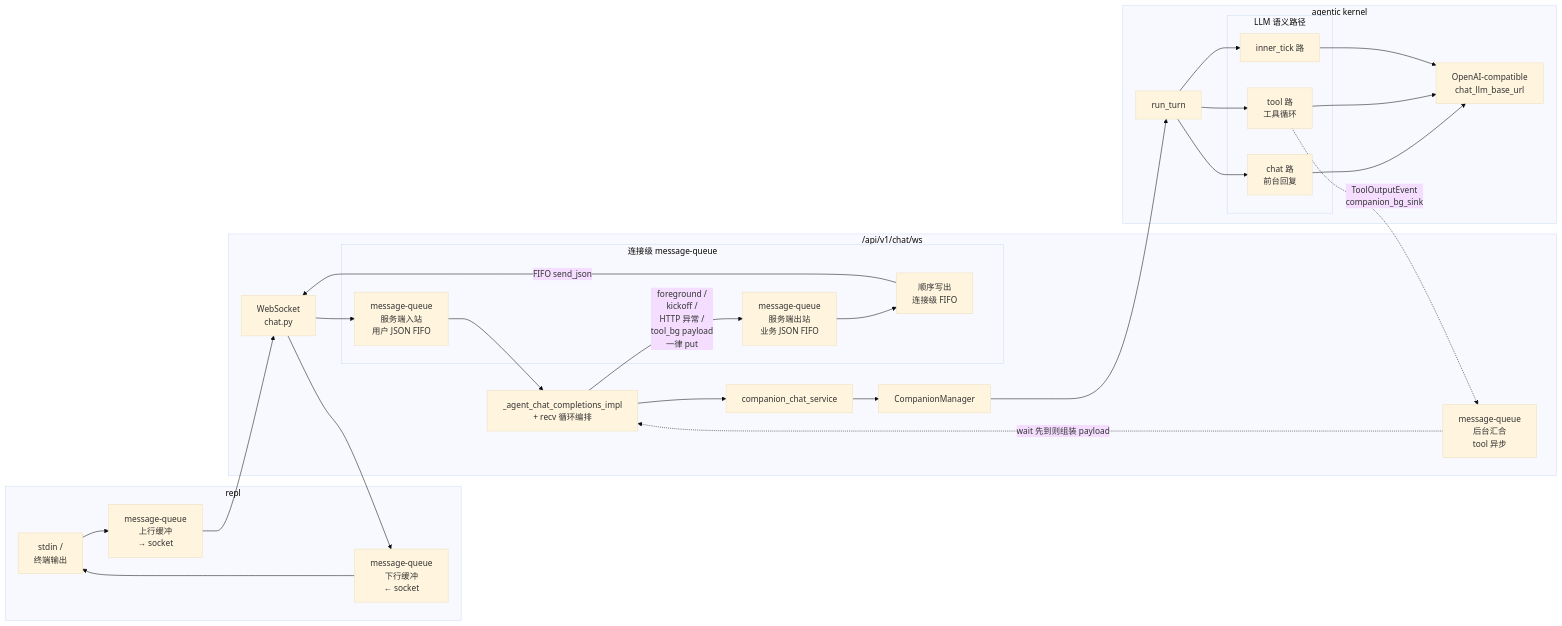
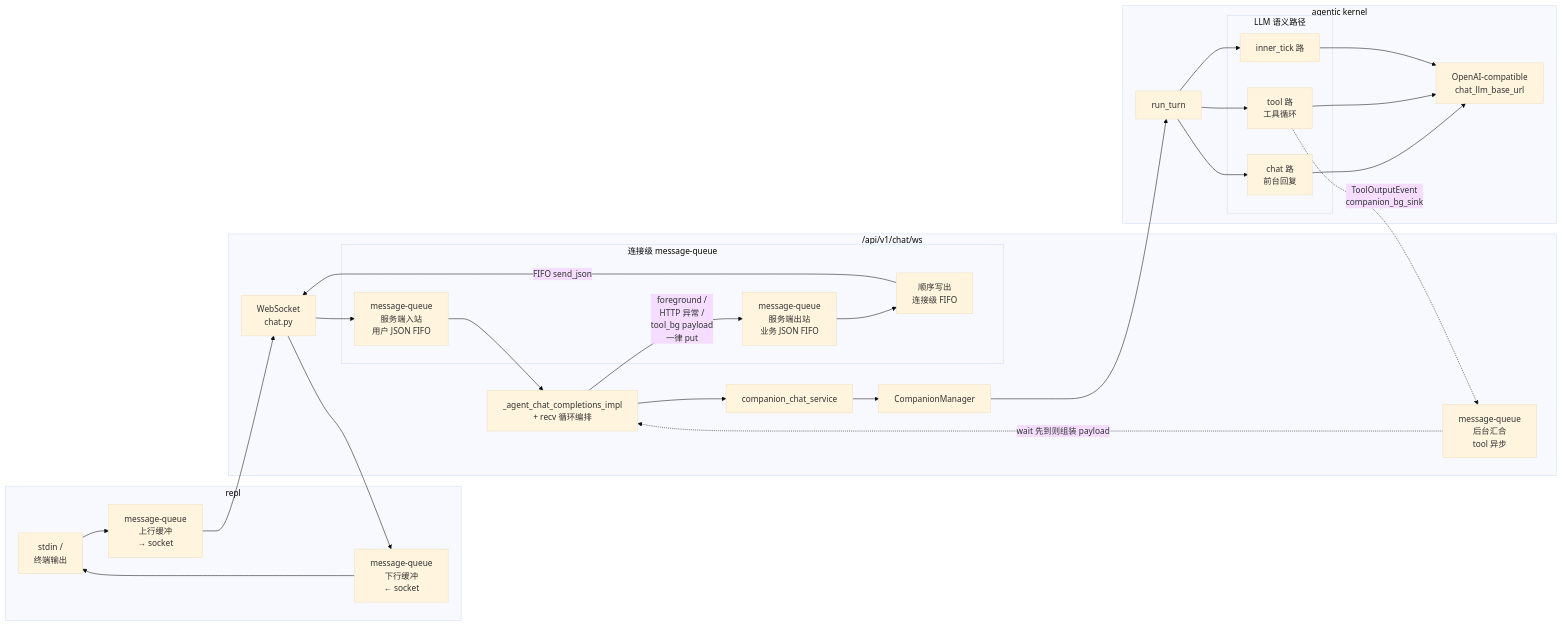
Before and after one commit to NascentCore/inty: the second of 2 diagrams in docs/imate/ARCH.md, drawn with Mermaid (base theme). The commit also changed other lines of this file and 25 other files, not shown here.

````diff
--- a/docs/imate/ARCH.md
+++ b/docs/imate/ARCH.md
@@ -103,44 +103,44 @@
 ```mermaid
 flowchart LR
   subgraph repl["repl"]
     RUI["stdin /\n终端输出"]
     ROUT["message-queue\n上行缓冲\n→ socket"]
     RIN["message-queue\n下行缓冲\n← socket"]
   end
 
   subgraph ChatWs["/api/v1/chat/ws"]
     WS["WebSocket\nchat.py"]
     subgraph MsgIo["连接级 message-queue"]
       WIN["message-queue\n服务端入站\n用户 JSON FIFO"]
       OQ["message-queue\n服务端出站\n业务 JSON FIFO"]
       PUMP["顺序写出\n连接级 FIFO"]
     end
     WSH["_agent_chat_completions_impl\n+ recv 循环编排"]
     BGQ["message-queue\n后台汇合\ntool 异步"]
     CCS["companion_chat_service"]
     CM["CompanionManager"]
   end
 
   subgraph Kernel["agentic kernel"]
     RT["run_turn"]
     subgraph LLMPaths["LLM 语义路径"]
       CH["chat 路\n前台回复"]
       TL["tool 路\n工具循环"]
       IT["inner_tick 路"]
     end
     GW["OpenAI-compatible\nchat_llm_base_url"]
   end
 
   RUI --> ROUT --> WS --> WIN --> WSH
   WSH --> CCS --> CM --> RT
   RT --> CH
   RT --> TL
   RT --> IT
   CH --> GW
   TL --> GW
   IT --> GW
   TL -.->|ToolOutputEvent\ncompanion_bg_sink| BGQ
   BGQ -.->|wait 先到则组装 payload| WSH
-  WSH -->|foreground /\nkickoff /\nHTTP 异常 /\ntool_bg payload\n一律 put| OQ
+  WSH -->|foreground /\nHTTP 异常 /\ntool_bg payload\n一律 put| OQ
   OQ --> PUMP -->|FIFO send_json| WS --> RIN --> RUI
 ```
````
